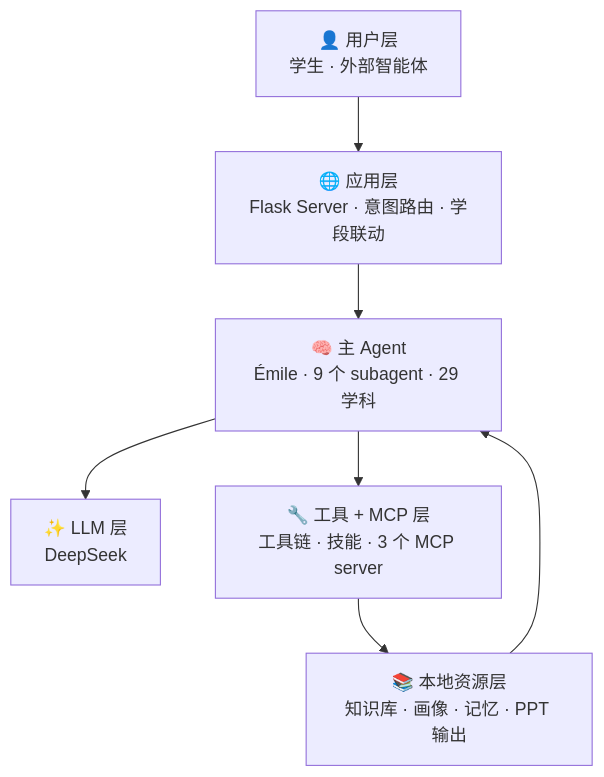
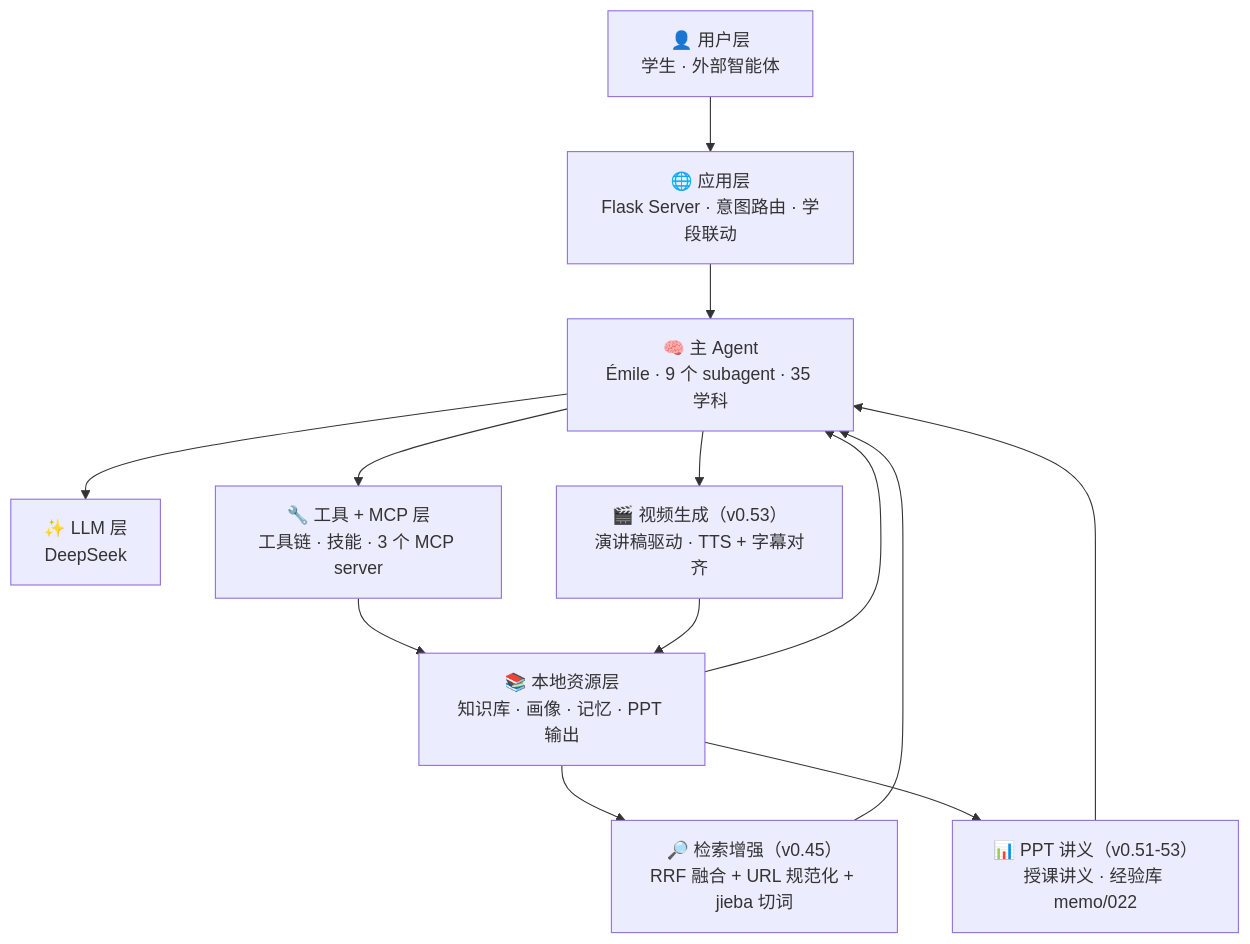
One commit to Golden2002/PAEG changed the first of 10 diagrams in ARCHITECTURE_LINKS.md. Above: the diagram before and after it, drawn with Mermaid. The commit also changed other lines of this file and 46 other files, not shown here.

````diff
--- a/ARCHITECTURE_LINKS.md
+++ b/ARCHITECTURE_LINKS.md
@@ -14,16 +14,25 @@
 ```mermaid
 flowchart TB
     L1["👤 用户层<br/>学生 · 外部智能体"]
     L2["🌐 应用层<br/>Flask Server · 意图路由 · 学段联动"]
-    L3["🧠 主 Agent<br/>Émile · 9 个 subagent · 29 学科"]
+    L3["🧠 主 Agent<br/>Émile · 9 个 subagent · 35 学科"]
     L4["✨ LLM 层<br/>DeepSeek"]
     L5["🔧 工具 + MCP 层<br/>工具链 · 技能 · 3 个 MCP server"]
     L6["📚 本地资源层<br/>知识库 · 画像 · 记忆 · PPT 输出"]
+    L7["🔎 检索增强（v0.45）<br/>RRF 融合 + URL 规范化 + jieba 切词"]
+    L8["🎬 视频生成（v0.53）<br/>演讲稿驱动 · TTS + 字幕对齐"]
+    L9["📊 PPT 讲义（v0.51-53）<br/>授课讲义 · 经验库 memo/022"]
 
     L1 --> L2
     L2 --> L3
     L3 --> L4
     L3 --> L5
     L5 --> L6
     L6 --> L3
+    L6 --> L7
+    L7 --> L3
+    L6 --> L9
+    L9 --> L3
+    L3 --> L8
+    L8 --> L6
 ```
````
